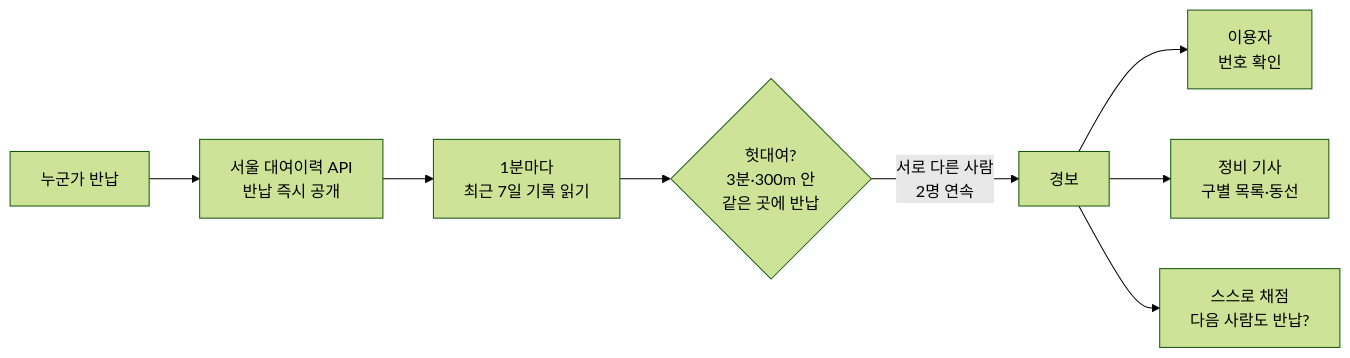
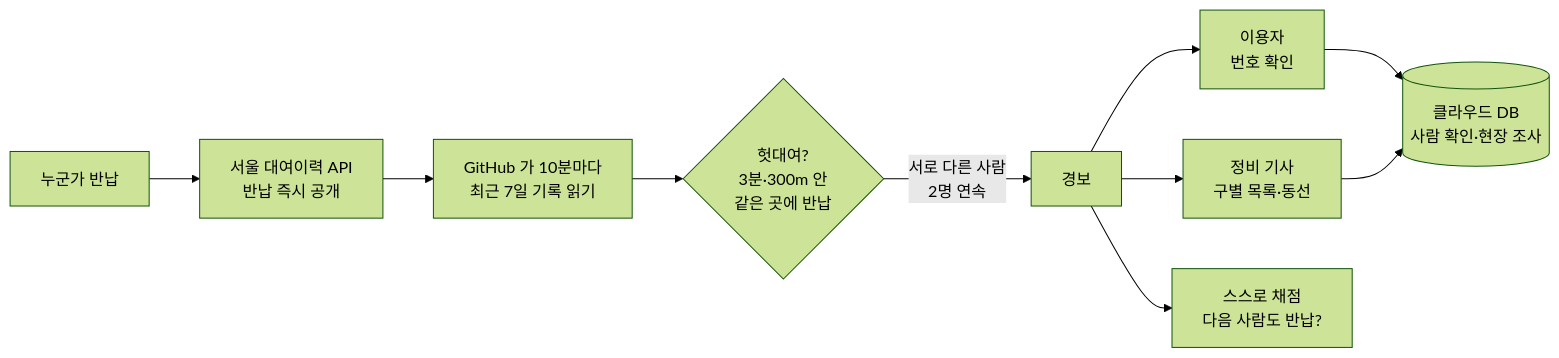
Before and after one commit to zmflm0110/bike-doctor: the diagram in README.md, drawn with Mermaid (forest theme). The commit also changed other lines of this file and 10 other files, not shown here.

Commit message:
문서: 맥 없이 도는 구조(GitHub 10분·Supabase)로 README·사이트·보고서·제안서, Phase 3 잠정 합격(API 7일 재채점 34.0%, 2,502건)·이후 업데이트형, Supabase 내려받기 도구, 0.9.0

````diff
--- a/README.md
+++ b/README.md
@@ -44,10 +44,12 @@
 ```mermaid
 flowchart LR
   A[누군가 반납] --> B[서울 대여이력 API<br/>반납 즉시 공개]
-  B --> C[1분마다<br/>최근 7일 기록 읽기]
+  B --> C[GitHub 가 10분마다<br/>최근 7일 기록 읽기]
   C --> D{헛대여?<br/>3분·300m 안<br/>같은 곳에 반납}
   D -->|서로 다른 사람<br/>2명 연속| E[경보]
   E --> F[이용자<br/>번호 확인]
   E --> G[정비 기사<br/>구별 목록·동선]
   E --> H[스스로 채점<br/>다음 사람도 반납?]
+  F --> I[(클라우드 DB<br/>사람 확인·현장 조사)]
+  G --> I
 ```
````
